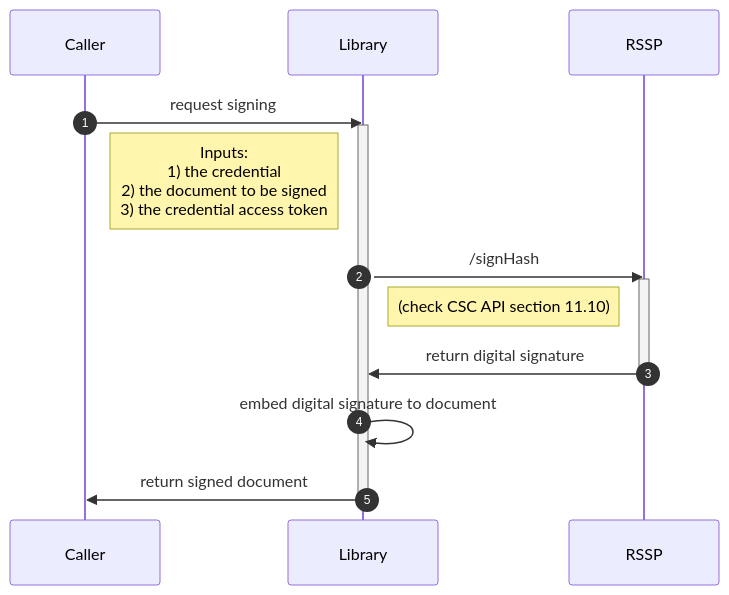
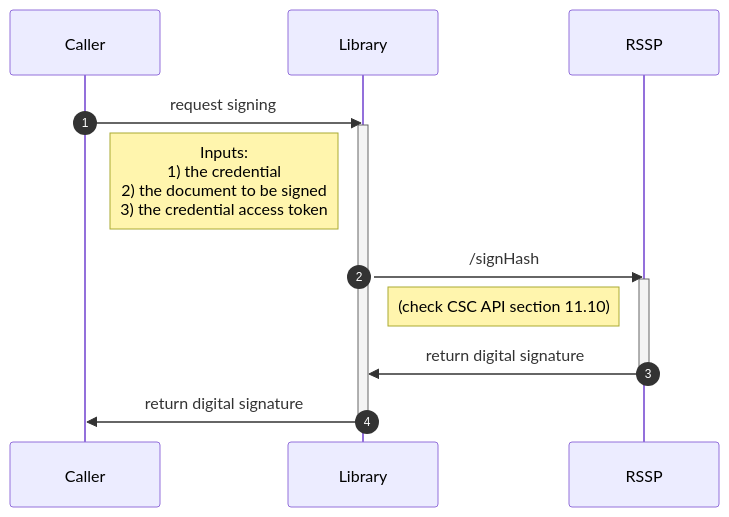
The eighth of 8 diagrams in README.md (niscy-eudiw/eudi-lib-jvm-rqes-csc-kt), drawn with Mermaid before and after one commit. The commit also changed other lines of this file, not shown here.

Commit message:
Updated README.md with the supported features of the library

````diff
--- a/README.md
+++ b/README.md
@@ -184,15 +217,14 @@
 ```mermaid
 sequenceDiagram
-autonumber
-Caller ->> Library: request signing
-activate Library
-Note left of Library: Inputs: <br/>1) the credential<br/>2) the document to be signed<br/>3) the credential access token
-Library ->> RSSP: /signHash
-activate RSSP
-Note left of RSSP: (check CSC API section 11.10)
-RSSP ->> Library: return digital signature
-deactivate RSSP
-Library ->> Library: embed digital signature to document
-Library ->> Caller: return signed document
-deactivate Library
+    autonumber
+    Caller ->> Library: request signing
+    activate Library
+    Note left of Library: Inputs: <br/>1) the credential<br/>2) the document to be signed<br/>3) the credential access token
+    Library ->> RSSP: /signHash
+    activate RSSP
+    Note left of RSSP: (check CSC API section 11.10)
+    RSSP ->> Library: return digital signature
+    deactivate RSSP
+    Library ->> Caller: return digital signature
+    deactivate Library
 ```
````
